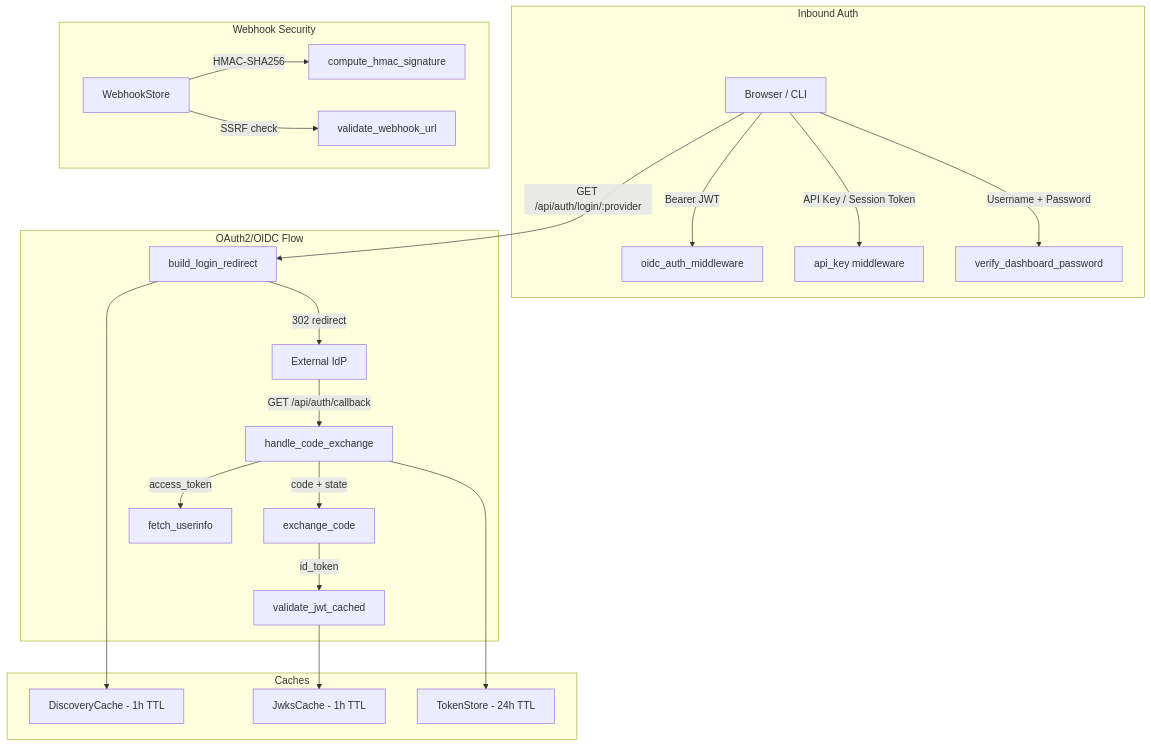
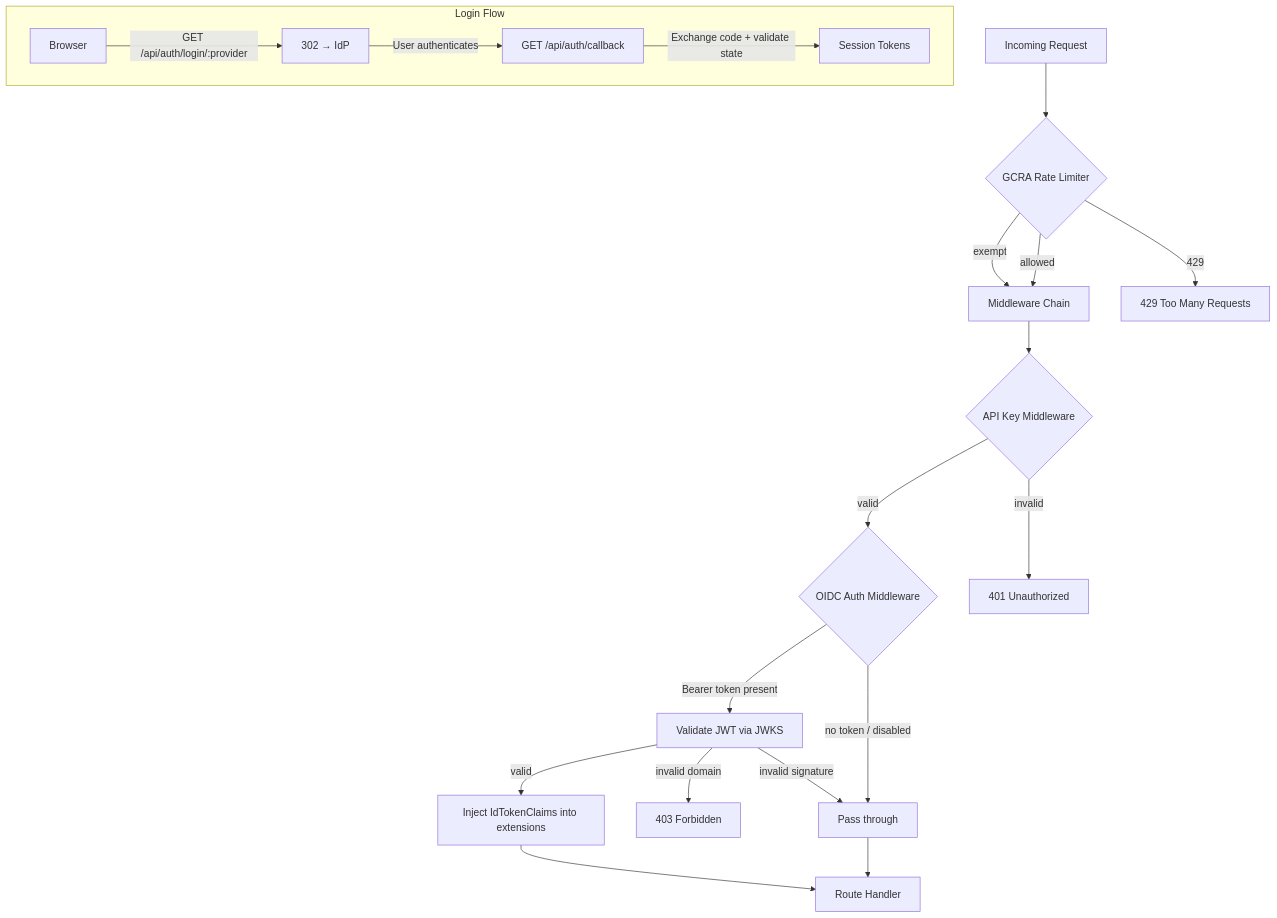
One commit to leszek3737/librefang-WIki changed the diagram in authentication-security-librefang-api-src.md. Above: the diagram before and after it, drawn with Mermaid. The commit also changed other lines of this file and 120 other files, not shown here.

````diff
--- a/authentication-security-librefang-api-src.md
+++ b/authentication-security-librefang-api-src.md
@@ -11,33 +15,25 @@
 ```mermaid
-graph TD
-    subgraph "Inbound Auth"
-        A[Browser / CLI] -->|Bearer JWT| MW[oidc_auth_middleware]
-        A -->|API Key / Session Token| AK[api_key middleware]
-        A -->|Username + Password| DP[verify_dashboard_password]
+flowchart TD
+    REQ[Incoming Request] --> RL{GCRA Rate Limiter}
+    RL -- exempt --> MW[Middleware Chain]
+    RL -- allowed --> MW
+    RL -- 429 --> REJECT[429 Too Many Requests]
+
+    MW --> APIKEY{API Key Middleware}
+    APIKEY -- valid --> OIDC{OIDC Auth Middleware}
+    APIKEY -- invalid --> DENY1[401 Unauthorized]
+
+    OIDC -- Bearer token present --> VAL[Validate JWT via JWKS]
+    OIDC -- no token / disabled --> PASS[Pass through]
+    VAL -- valid --> INJECT[Inject IdTokenClaims into extensions]
+    VAL -- invalid domain --> DENY2[403 Forbidden]
+    VAL -- invalid signature --> PASS
+    INJECT --> HANDLER[Route Handler]
+    PASS --> HANDLER
+
+    subgraph Login Flow
+        BROWSER[Browser] -->|GET /api/auth/login/:provider| REDIRECT[302 → IdP]
+        REDIRECT -->|User authenticates| CB[GET /api/auth/callback]
+        CB -->|Exchange code + validate state| TOKENS[Session Tokens]
     end
-
-    subgraph "OAuth2/OIDC Flow"
-        A -->|GET /api/auth/login/:provider| LR[build_login_redirect]
-        LR -->|302 redirect| IdP[External IdP]
-        IdP -->|GET /api/auth/callback| CB[handle_code_exchange]
-        CB -->|code + state| TE[exchange_code]
-        TE -->|id_token| JV[validate_jwt_cached]
-        CB -->|access_token| UI[fetch_userinfo]
-    end
-
-    subgraph "Caches"
-        DC[DiscoveryCache - 1h TTL]
-        JC[JwksCache - 1h TTL]
-        TS[TokenStore - 24h TTL]
-    end
-
-    subgraph "Webhook Security"
-        WS[WebhookStore]
-        WS -->|HMAC-SHA256| SIG[compute_hmac_signature]
-        WS -->|SSRF check| VU[validate_webhook_url]
-    end
-
-    JV --> JC
-    CB --> TS
-    LR --> DC
 ```
````
